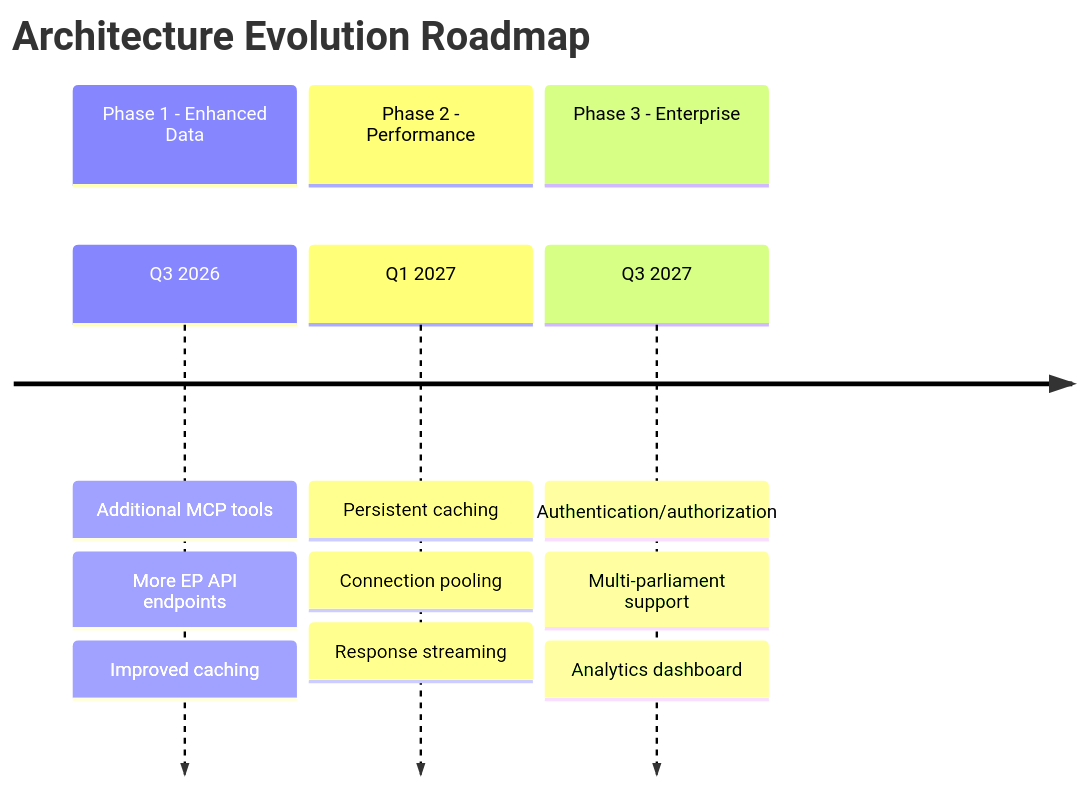
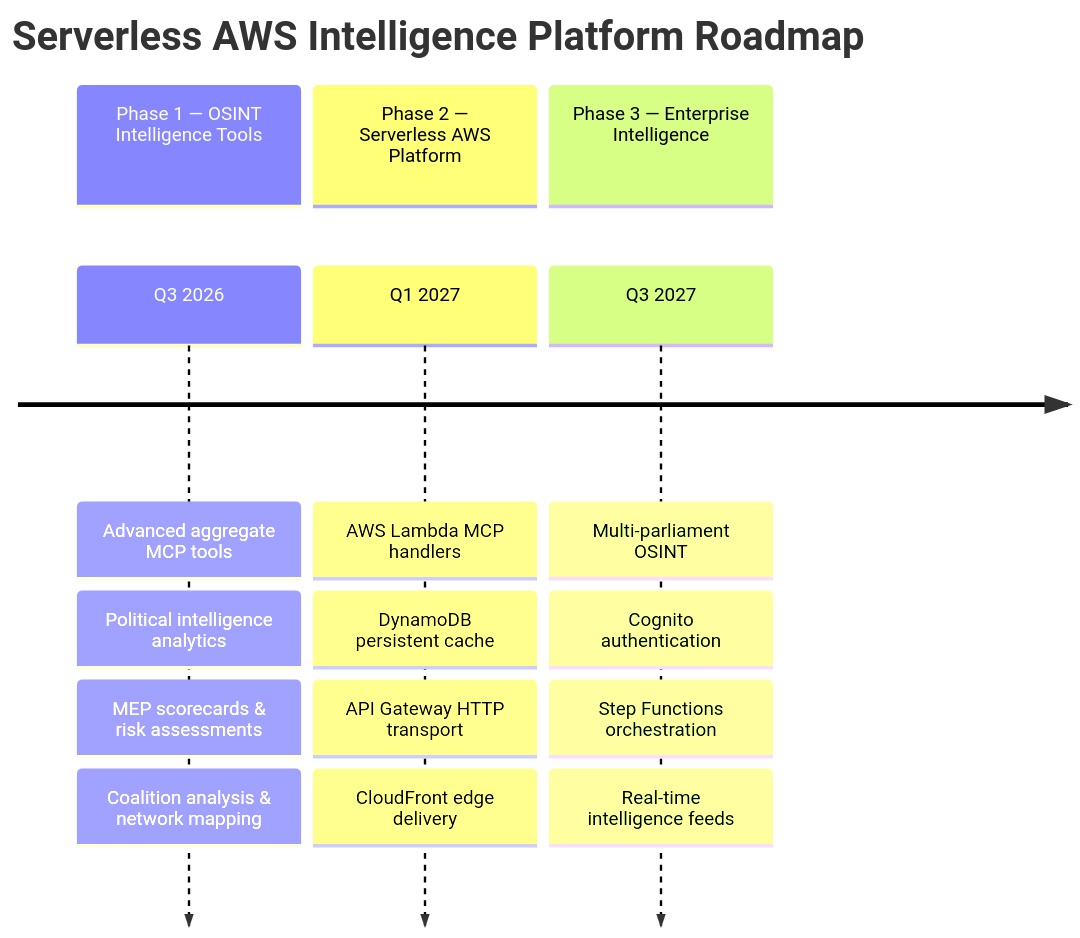
The first of 5 diagrams in FUTURE_ARCHITECTURE.md (Hack23/European-Parliament-MCP-Server), drawn with Mermaid before and after one commit. The commit also changed other lines of this file and 6 other files, not shown here.

Commit message:
Update all FUTURE_* docs with serverless AWS-only strategy and CIA OSINT intelligence tools

````diff
--- a/FUTURE_ARCHITECTURE.md
+++ b/FUTURE_ARCHITECTURE.md
@@ -46,16 +54,19 @@
 ```mermaid
 timeline
-    title Architecture Evolution Roadmap
-    section Phase 1 - Enhanced Data
-        Q3 2026 : Additional MCP tools
-                : More EP API endpoints
-                : Improved caching
-    section Phase 2 - Performance
-        Q1 2027 : Persistent caching
-                : Connection pooling
-                : Response streaming
-    section Phase 3 - Enterprise
-        Q3 2027 : Authentication/authorization
-                : Multi-parliament support
-                : Analytics dashboard
+    title Serverless AWS Intelligence Platform Roadmap
+    section Phase 1 — OSINT Intelligence Tools
+        Q3 2026 : Advanced aggregate MCP tools
+                : Political intelligence analytics
+                : MEP scorecards & risk assessments
+                : Coalition analysis & network mapping
+    section Phase 2 — Serverless AWS Platform
+        Q1 2027 : AWS Lambda MCP handlers
+                : DynamoDB persistent cache
+                : API Gateway HTTP transport
+                : CloudFront edge delivery
+    section Phase 3 — Enterprise Intelligence
+        Q3 2027 : Multi-parliament OSINT
+                : Cognito authentication
+                : Step Functions orchestration
+                : Real-time intelligence feeds
 ```
````
